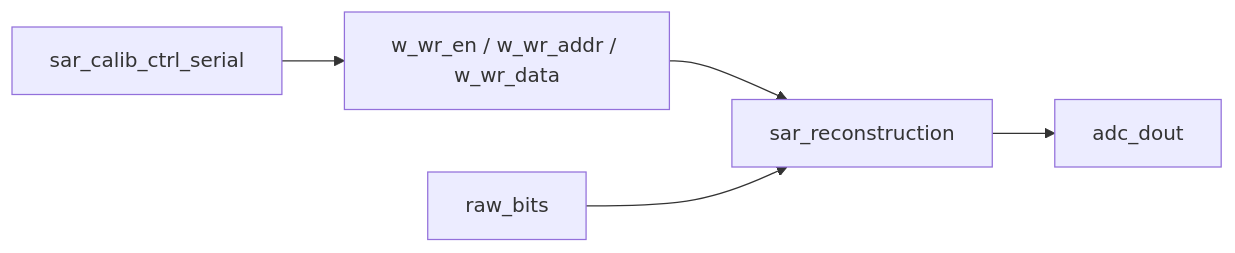
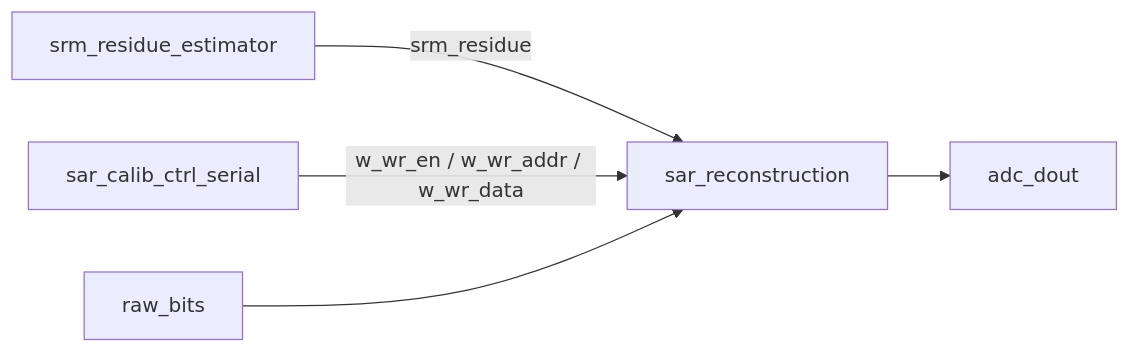
Before and after one commit to defineiocc02/Digital_process.srcs: the diagram in docs/ARCHITECTURE.md, drawn with Mermaid. The commit also changed other lines of this file and 14 other files, not shown here.

````diff
--- a/docs/ARCHITECTURE.md
+++ b/docs/ARCHITECTURE.md
@@ -7,7 +8,7 @@
 ```mermaid
 flowchart LR
-    A["sar_calib_ctrl_serial"] --> B["w_wr_en / w_wr_addr / w_wr_data"]
-    B --> C["sar_reconstruction"]
+    A["srm_residue_estimator"] -->|srm_residue| C["sar_reconstruction"]
+    B["sar_calib_ctrl_serial"] -->|w_wr_en / w_wr_addr / w_wr_data| C
     D["raw_bits"] --> C
     C --> E["adc_dout"]
 ```
````
